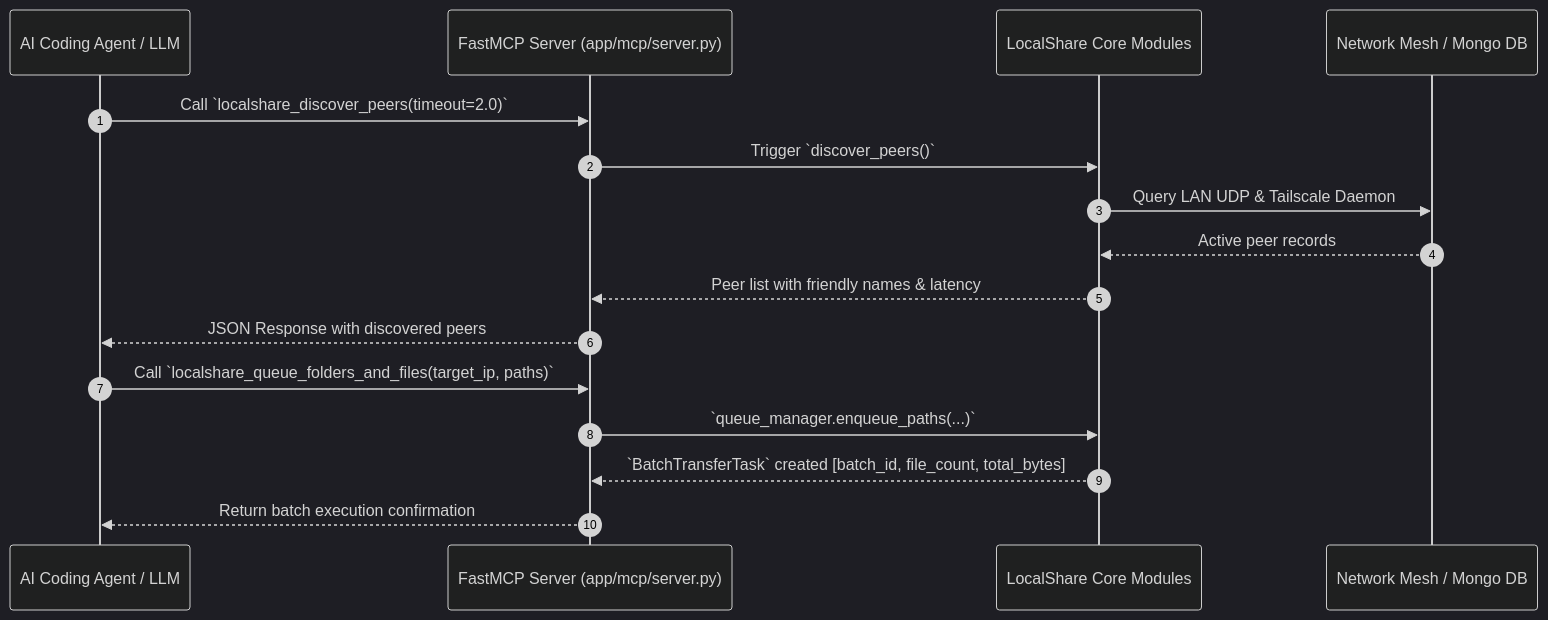
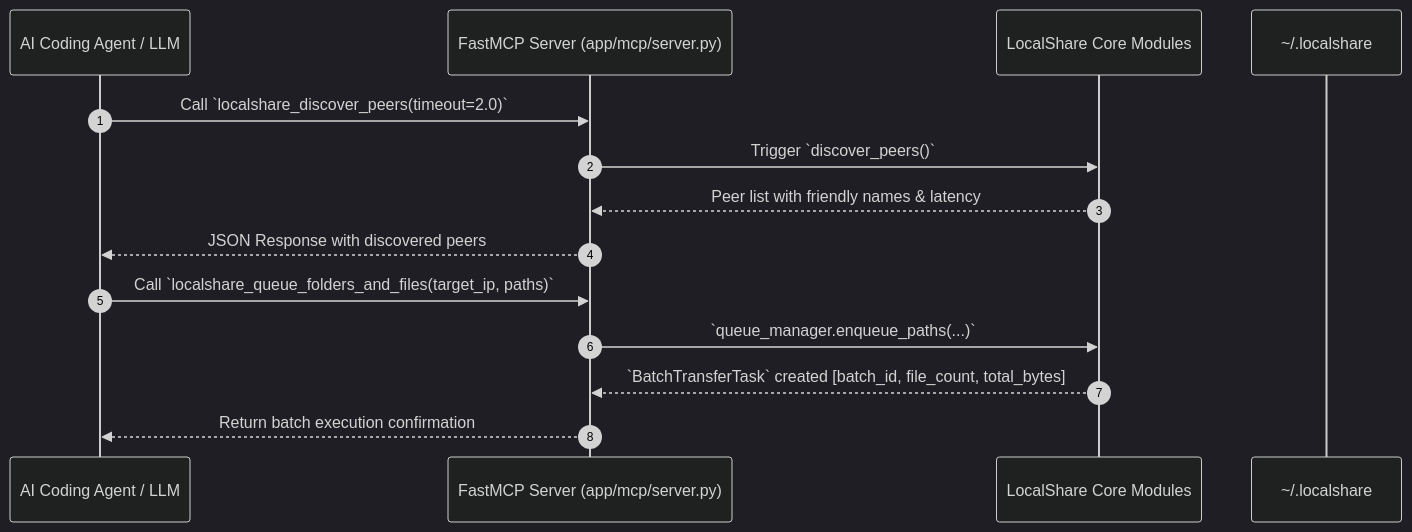
The fourth of 4 diagrams in README.md (krishnakanthpathi/localshare), drawn with Mermaid (dark theme) before and after one commit. The commit also changed other lines of this file and 20 other files, not shown here.

````diff
--- a/README.md
+++ b/README.md
@@ -362,20 +170,18 @@
 ```mermaid
 sequenceDiagram
     autonumber
     participant Agent as AI Coding Agent / LLM
     participant MCP as FastMCP Server (app/mcp/server.py)
     participant Core as LocalShare Core Modules
-    participant Mesh as Network Mesh / Mongo DB
+    participant Storage as ~/.localshare
 
     Agent->>MCP: Call `localshare_discover_peers(timeout=2.0)`
     MCP->>Core: Trigger `discover_peers()`
-    Core->>Mesh: Query LAN UDP & Tailscale Daemon
-    Mesh-->>Core: Active peer records
     Core-->>MCP: Peer list with friendly names & latency
     MCP-->>Agent: JSON Response with discovered peers
 
     Agent->>MCP: Call `localshare_queue_folders_and_files(target_ip, paths)`
     MCP->>Core: `queue_manager.enqueue_paths(...)`
     Core-->>MCP: `BatchTransferTask` created [batch_id, file_count, total_bytes]
     MCP-->>Agent: Return batch execution confirmation
 ```
````
